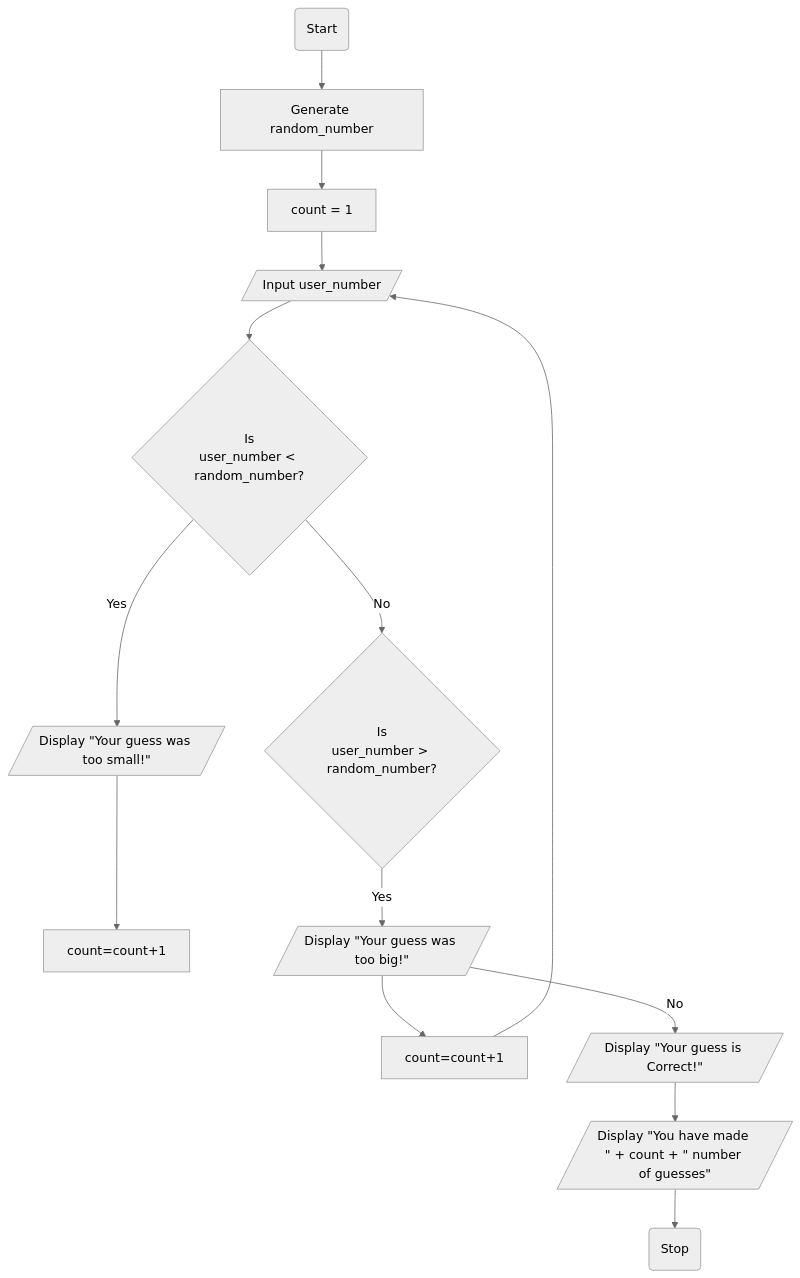
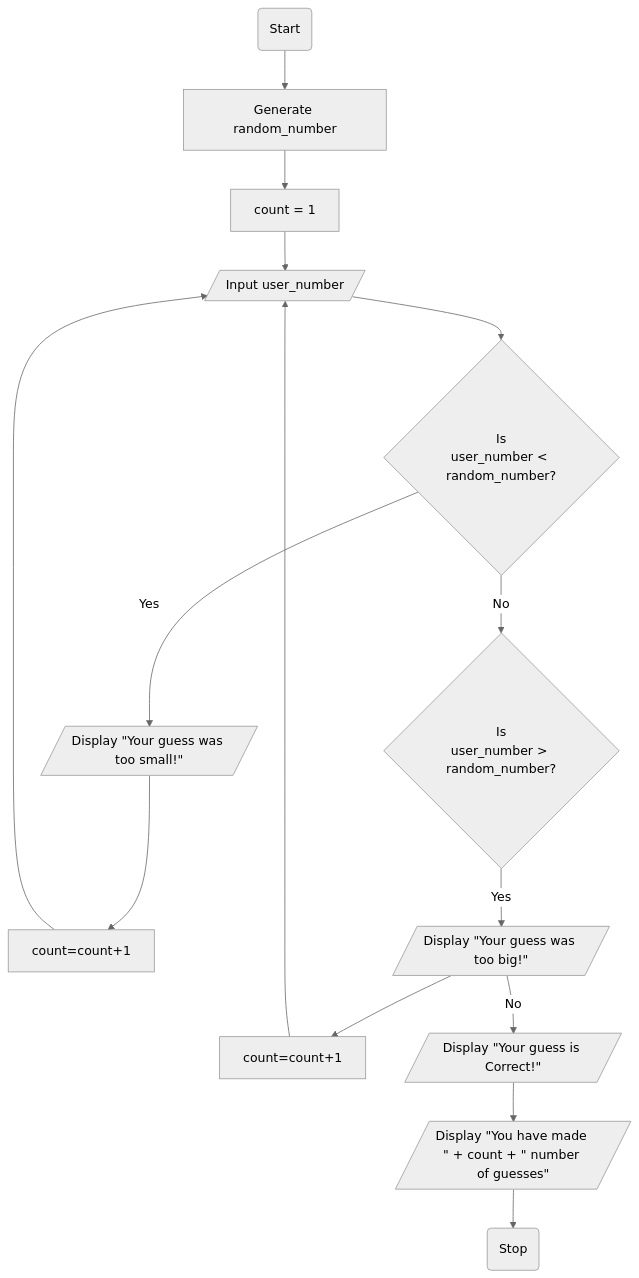
The eighth of 8 diagrams in README.md (jayani-athukorala/java-fundamentals-exercise), drawn with Mermaid (neutral theme) before and after one commit.

Commit message:
modification to Q8 flowchart

````diff
--- a/README.md
+++ b/README.md
@@ -229,16 +229,17 @@
 ```mermaid
 flowchart TD
     A(Start) --> B[Generate random_number]
     B --> C[count = 1]
     C --> D[/Input user_number/]
     D --> E{Is<br>user_number < random_number?}
     E -- Yes --> F[/Display "Your guess was too small!"/]
     F --> G[count=count+1]
+    G --> D
     E -- No --> H{Is<br>user_number > random_number?}
     H -- Yes --> I[/Display "Your guess was too big!"/]
     I --> J[count=count+1]
     J --> D
     I -- No --> K[/Display "Your guess is Correct!"/]
     K --> L[/Display "You have made " + count + " number of guesses"/]
     L --> M(Stop)
 ```
````
